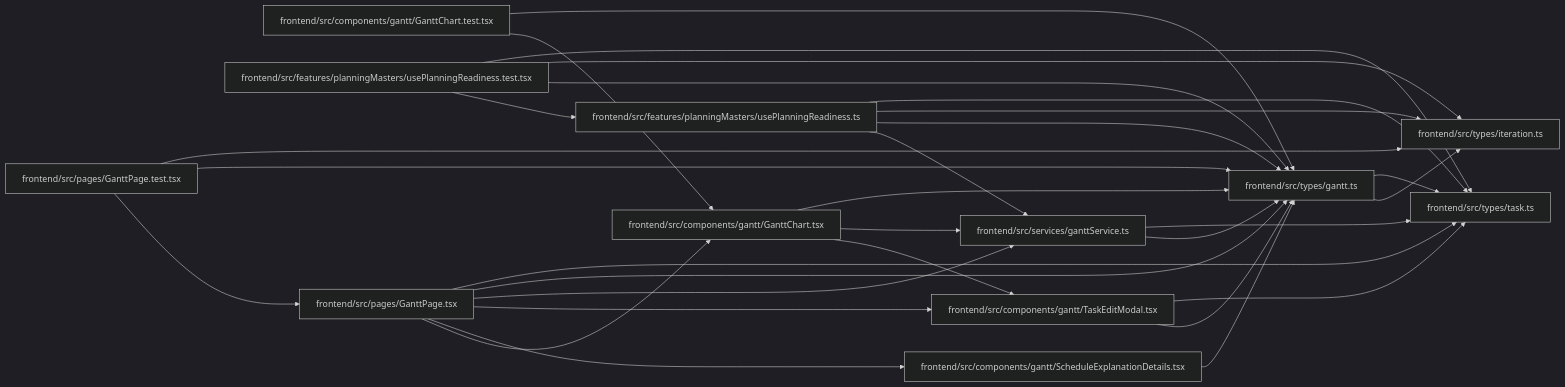
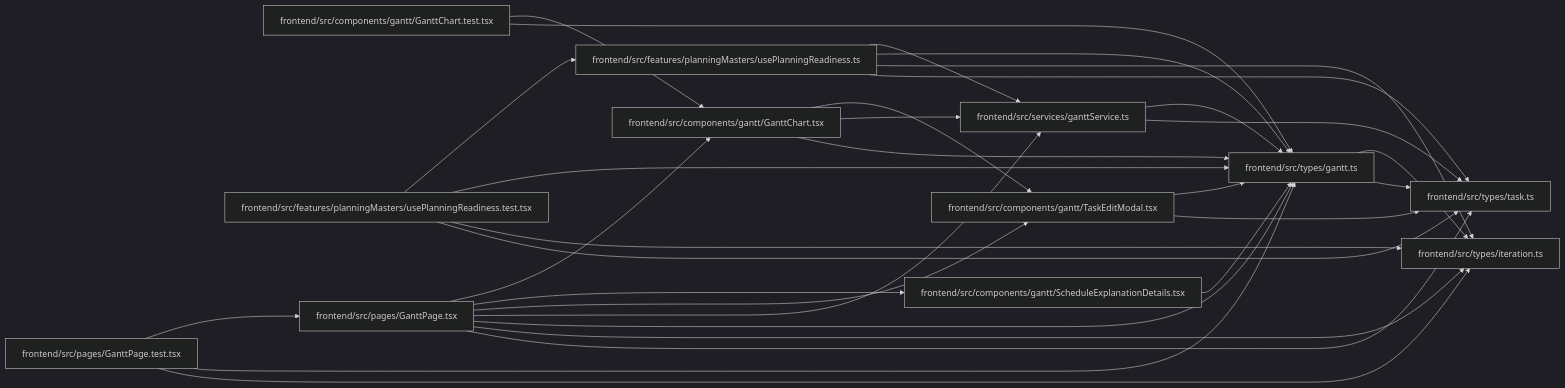
The diagram in docs/llm_wiki/modules/types_gantt.md (Denissvgn/WorkChord), drawn with Mermaid (dark theme) before and after one commit. The commit also changed 10148 other files, not shown here.

````diff
--- a/docs/llm_wiki/modules/types_gantt.md
+++ b/docs/llm_wiki/modules/types_gantt.md
@@ -25,56 +25,57 @@
 ```mermaid
 flowchart LR
     n0["frontend/src/components/gantt/GanttChart.test.tsx"]
     n1["frontend/src/components/gantt/GanttChart.tsx"]
     n2["frontend/src/components/gantt/ScheduleExplanationDetails.tsx"]
     n3["frontend/src/components/gantt/TaskEditModal.tsx"]
     n4["frontend/src/features/planningMasters/usePlanningReadiness.test.tsx"]
     n5["frontend/src/features/planningMasters/usePlanningReadiness.ts"]
     n6["frontend/src/pages/GanttPage.test.tsx"]
     n7["frontend/src/pages/GanttPage.tsx"]
     n8["frontend/src/services/ganttService.ts"]
     n9["frontend/src/types/gantt.ts"]
     n10["frontend/src/types/iteration.ts"]
     n11["frontend/src/types/task.ts"]
     n0 --> n1
     n0 --> n9
     n1 --> n3
     n1 --> n8
     n1 --> n9
     n2 --> n9
     n3 --> n9
     n3 --> n11
     n4 --> n5
     n4 --> n9
     n4 --> n10
     n4 --> n11
     n5 --> n8
     n5 --> n9
     n5 --> n10
     n5 --> n11
     n6 --> n7
     n6 --> n9
     n6 --> n10
     n7 --> n1
     n7 --> n2
     n7 --> n3
     n7 --> n8
     n7 --> n9
+    n7 --> n10
     n7 --> n11
     n8 --> n9
     n8 --> n11
     n9 --> n10
     n9 --> n11
     click n0 "../modules/GanttChart.test.md"
     click n1 "../modules/GanttChart.md"
     click n2 "../modules/ScheduleExplanationDetails.md"
     click n3 "../modules/TaskEditModal.md"
     click n4 "../modules/usePlanningReadiness.test.md"
     click n5 "../modules/usePlanningReadiness.md"
     click n6 "../modules/GanttPage.test.md"
     click n7 "../modules/GanttPage.md"
     click n8 "../modules/ganttService.md"
     click n9 "../modules/types_gantt.md"
     click n10 "../modules/types_iteration.md"
     click n11 "../modules/types_task.md"
 ```
````
